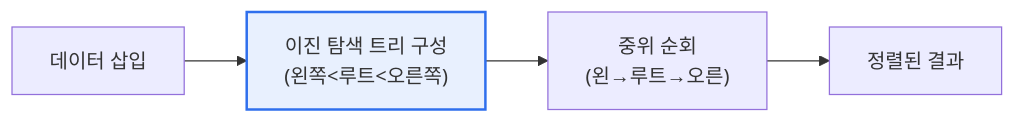
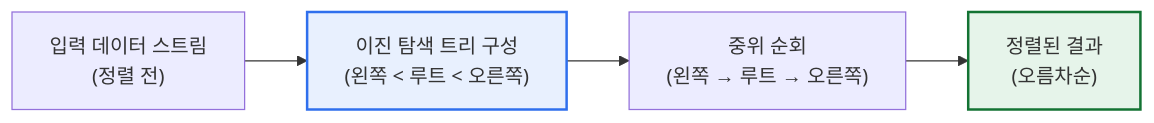
Before and after one commit to coninggu/wjdqhrhksflrltnftk: the first of 2 diagrams in content/tree-sort.md, drawn with Mermaid. The commit also changed other lines of this file and 3 other files, not shown here.

````diff
--- a/content/tree-sort.md
+++ b/content/tree-sort.md
@@ -15,5 +22,8 @@
 ```mermaid
 flowchart LR
-  I[데이터 삽입] --> B["이진 탐색 트리 구성<br/>(왼쪽<루트<오른쪽)"] --> T["중위 순회<br/>(왼→루트→오른)"] --> S[정렬된 결과]
+  I["입력 데이터 스트림<br/>(정렬 전)"] --> B["이진 탐색 트리 구성<br/>(왼쪽 < 루트 < 오른쪽)"]
+  B --> T["중위 순회<br/>(왼쪽 → 루트 → 오른쪽)"]
+  T --> S["정렬된 결과<br/>(오름차순)"]
   style B fill:#e8f0fe,stroke:#2f6fed,stroke-width:2px
+  style S fill:#e6f4ea,stroke:#137333,stroke-width:2px
 ```
````
